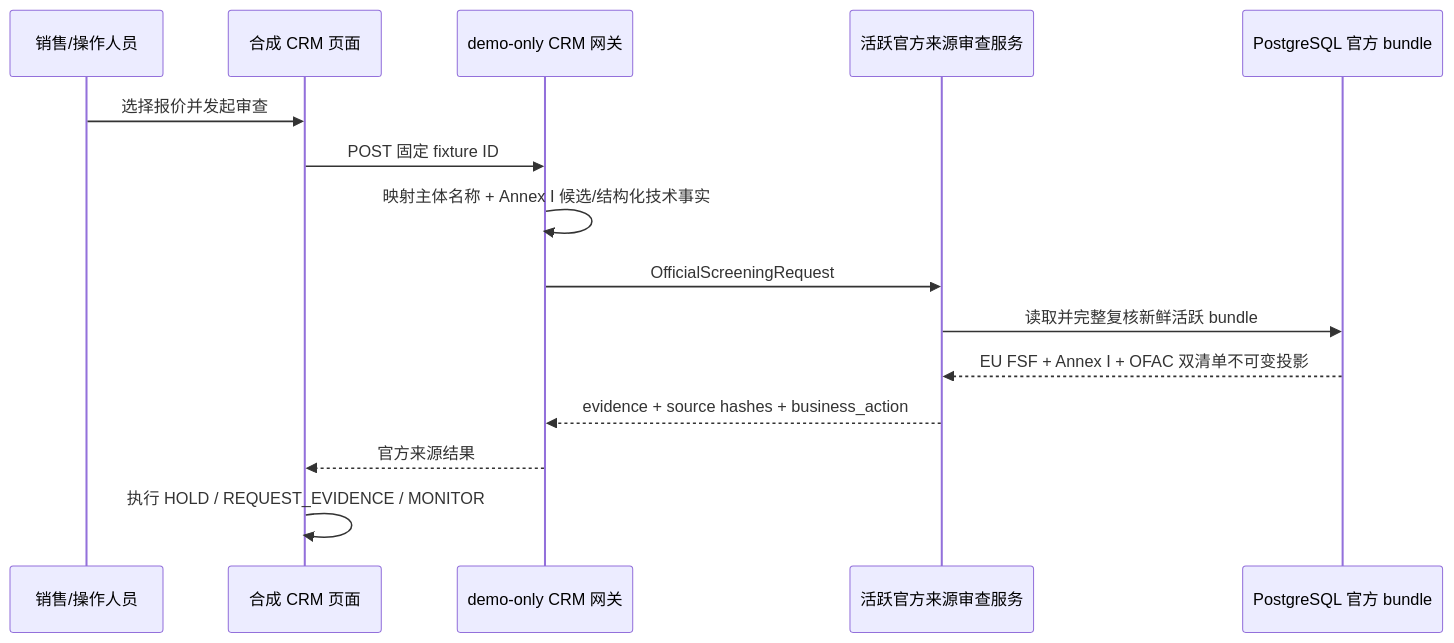
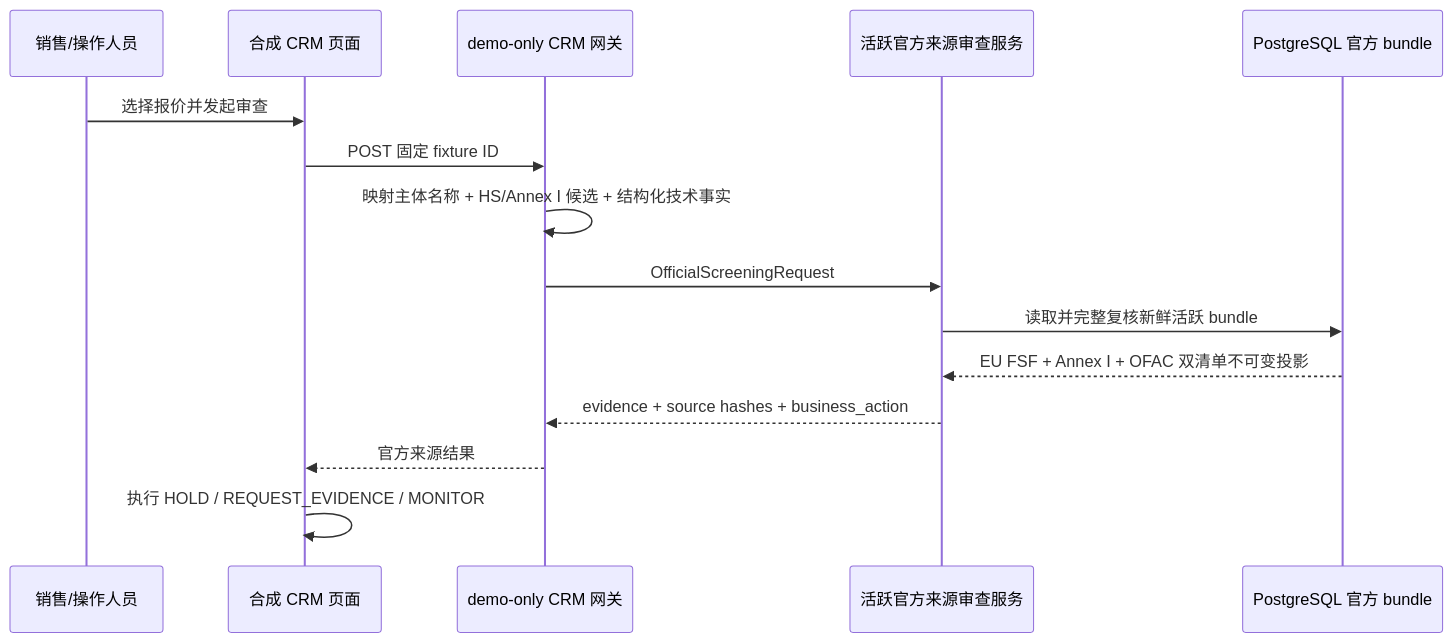
Before and after one commit to fyaic/TradeSieve: the diagram in docs/getting-started/demo-crm.md, drawn with Mermaid. The commit also changed other lines of this file and 31 other files, not shown here.

````diff
--- a/docs/getting-started/demo-crm.md
+++ b/docs/getting-started/demo-crm.md
@@ -69,18 +70,18 @@
 ```mermaid
 sequenceDiagram
     participant User as 销售/操作人员
     participant CRM as 合成 CRM 页面
     participant Demo as demo-only CRM 网关
     participant Service as 活跃官方来源审查服务
     participant DB as PostgreSQL 官方 bundle
 
     User->>CRM: 选择报价并发起审查
     CRM->>Demo: POST 固定 fixture ID
-    Demo->>Demo: 映射主体名称 + Annex I 候选/结构化技术事实
+    Demo->>Demo: 映射主体名称 + HS/Annex I 候选 + 结构化技术事实
     Demo->>Service: OfficialScreeningRequest
     Service->>DB: 读取并完整复核新鲜活跃 bundle
     DB-->>Service: EU FSF + Annex I + OFAC 双清单不可变投影
     Service-->>Demo: evidence + source hashes + business_action
     Demo-->>CRM: 官方来源结果
     CRM->>CRM: 执行 HOLD / REQUEST_EVIDENCE / MONITOR
 ```
````
